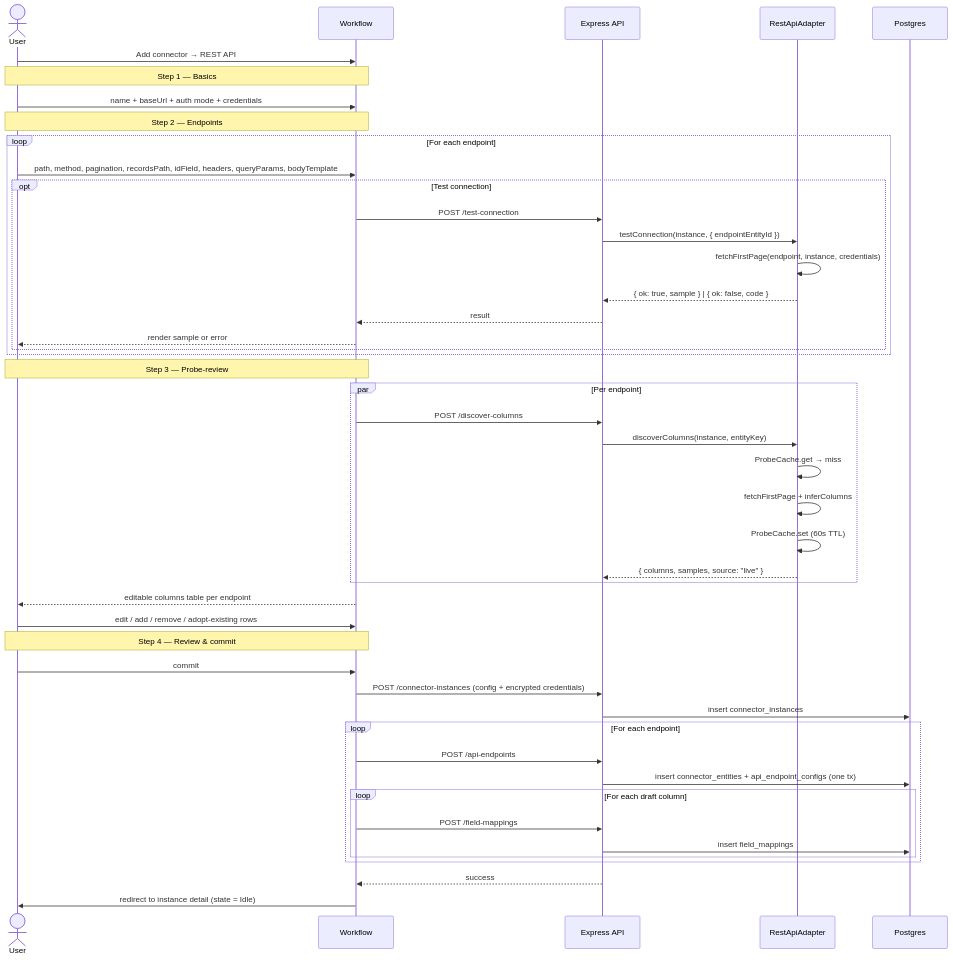
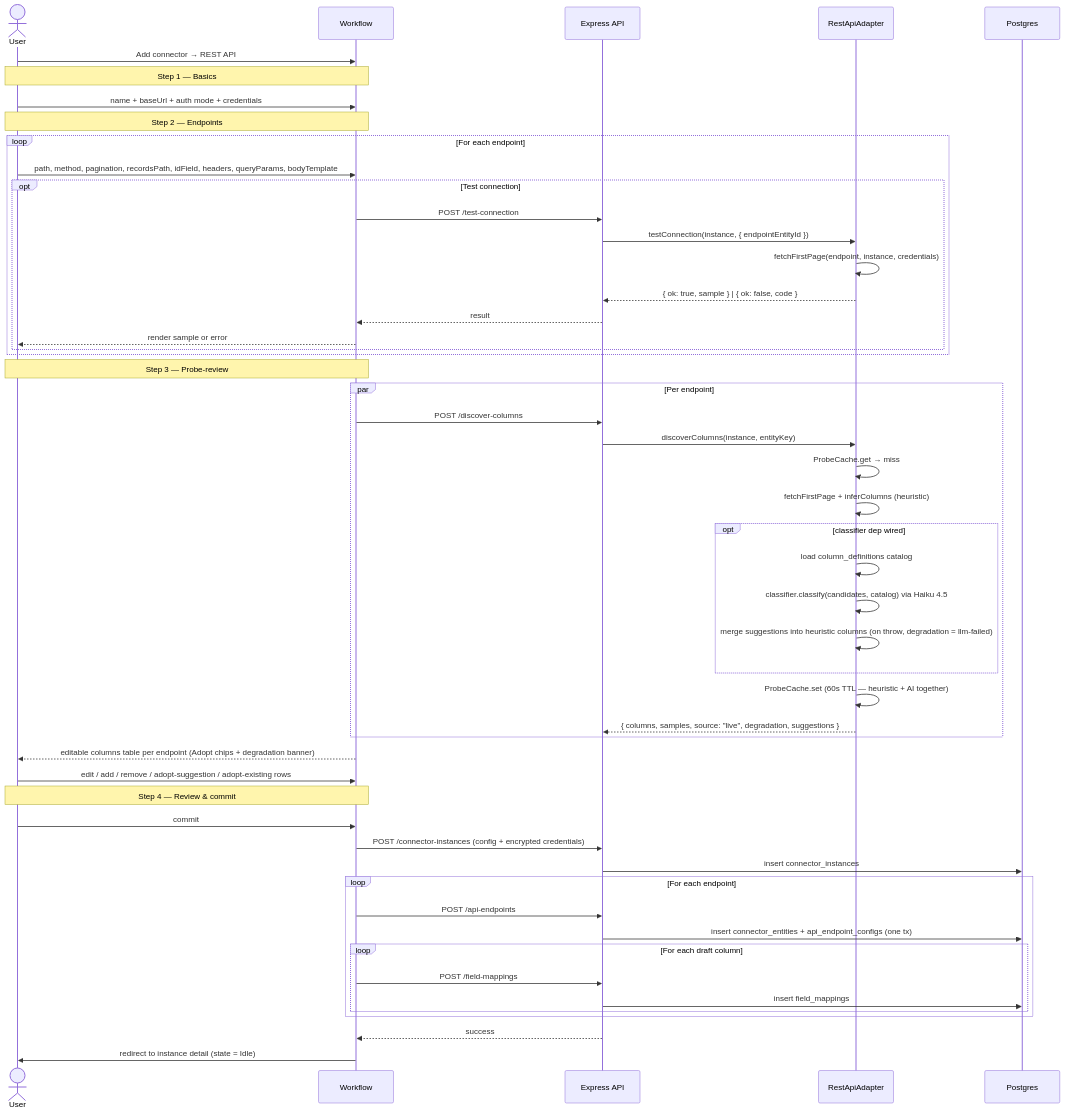
The second of 5 diagrams in docs/API_CONNECTOR_LIFECYCLE.md (EnterpriseBT/portal-ai), drawn with Mermaid before and after one commit. The commit also changed other lines of this file and 2 other files, not shown here.

Commit message:
docs: revise phase 4 with AI-assist column classifier (#65)
Phase 4 was pure heuristic. Spreadsheet connectors use a Haiku 4.5
classifier on top of their heuristic — this revision brings the API
connector to parity.

- Spec: two-layer inference (heuristic baseline + optional LLM
  classifier mirroring `apps/api/src/services/spreadsheet-parsing-llm.service.ts`).
  Heuristic always runs; classifier injects suggestions per column
  (columnDefinitionId, normalizedKey, semanticType, confidence,
  rationale). LLM failures silently degrade to heuristic-only with an
  advisory banner in the UI. DiscoverColumnsResult widens with
  `suggestion?` per column and `degradation: "llm-failed" |
  "llm-disabled" | null` overall.
- Plan: insert new slice 4 for the classifier dep + Haiku default +
  prompt builder + stub; slice 5 (was 4) wires both layers into the
  adapter; slice 7 (was 6) gains SuggestionChip + DegradationBanner
  components. Eight slices total now.
- Lifecycle doc: creation-sequence's probe block shows the optional
  classifier call inside the probe path; invariants table gains the
  silent-degradation rule.

````diff
--- a/docs/API_CONNECTOR_LIFECYCLE.md
+++ b/docs/API_CONNECTOR_LIFECYCLE.md
@@ -53,53 +53,58 @@
 ```mermaid
 sequenceDiagram
     actor User
     participant WF as Workflow
     participant API as Express API
     participant Adapter as RestApiAdapter
     participant DB as Postgres
 
     User->>WF: Add connector → REST API
 
     Note over User,WF: Step 1 — Basics
     User->>WF: name + baseUrl + auth mode + credentials
 
     Note over User,WF: Step 2 — Endpoints
     loop For each endpoint
         User->>WF: path, method, pagination, recordsPath, idField, headers, queryParams, bodyTemplate
         opt Test connection
             WF->>API: POST /test-connection
             API->>Adapter: testConnection(instance, { endpointEntityId })
             Adapter->>Adapter: fetchFirstPage(endpoint, instance, credentials)
             Adapter-->>API: { ok: true, sample } | { ok: false, code }
             API-->>WF: result
             WF-->>User: render sample or error
         end
     end
 
     Note over User,WF: Step 3 — Probe-review
     par Per endpoint
         WF->>API: POST /discover-columns
         API->>Adapter: discoverColumns(instance, entityKey)
         Adapter->>Adapter: ProbeCache.get → miss
-        Adapter->>Adapter: fetchFirstPage + inferColumns
-        Adapter->>Adapter: ProbeCache.set (60s TTL)
-        Adapter-->>API: { columns, samples, source: "live" }
+        Adapter->>Adapter: fetchFirstPage + inferColumns (heuristic)
+        opt classifier dep wired
+            Adapter->>Adapter: load column_definitions catalog
+            Adapter->>Adapter: classifier.classify(candidates, catalog) via Haiku 4.5
+            Adapter->>Adapter: merge suggestions into heuristic columns (on throw, degradation = llm-failed)
+        end
+        Adapter->>Adapter: ProbeCache.set (60s TTL — heuristic + AI together)
+        Adapter-->>API: { columns, samples, source: "live", degradation, suggestions }
     end
-    WF-->>User: editable columns table per endpoint
-    User->>WF: edit / add / remove / adopt-existing rows
+    WF-->>User: editable columns table per endpoint (Adopt chips + degradation banner)
+    User->>WF: edit / add / remove / adopt-suggestion / adopt-existing rows
 
     Note over User,WF: Step 4 — Review & commit
     User->>WF: commit
     WF->>API: POST /connector-instances (config + encrypted credentials)
     API->>DB: insert connector_instances
     loop For each endpoint
         WF->>API: POST /api-endpoints
         API->>DB: insert connector_entities + api_endpoint_configs (one tx)
         loop For each draft column
             WF->>API: POST /field-mappings
             API->>DB: insert field_mappings
         end
     end
     API-->>WF: success
     WF->>User: redirect to instance detail (state = Idle)
 ```
````
